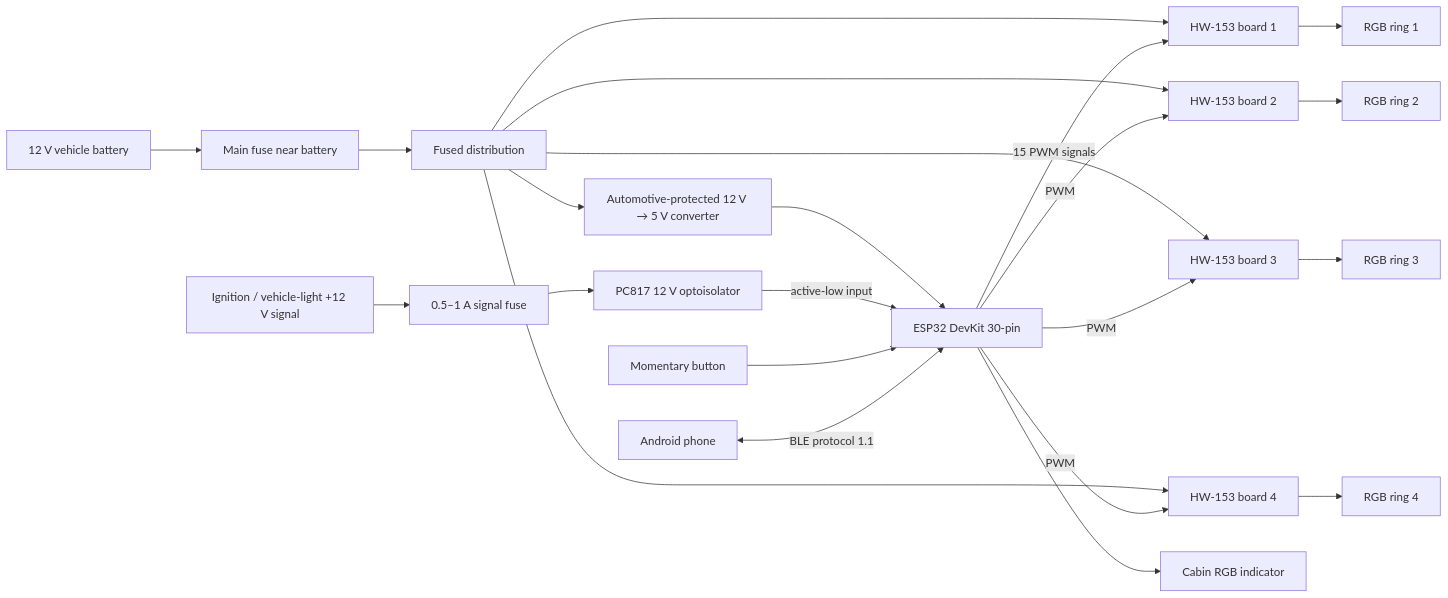
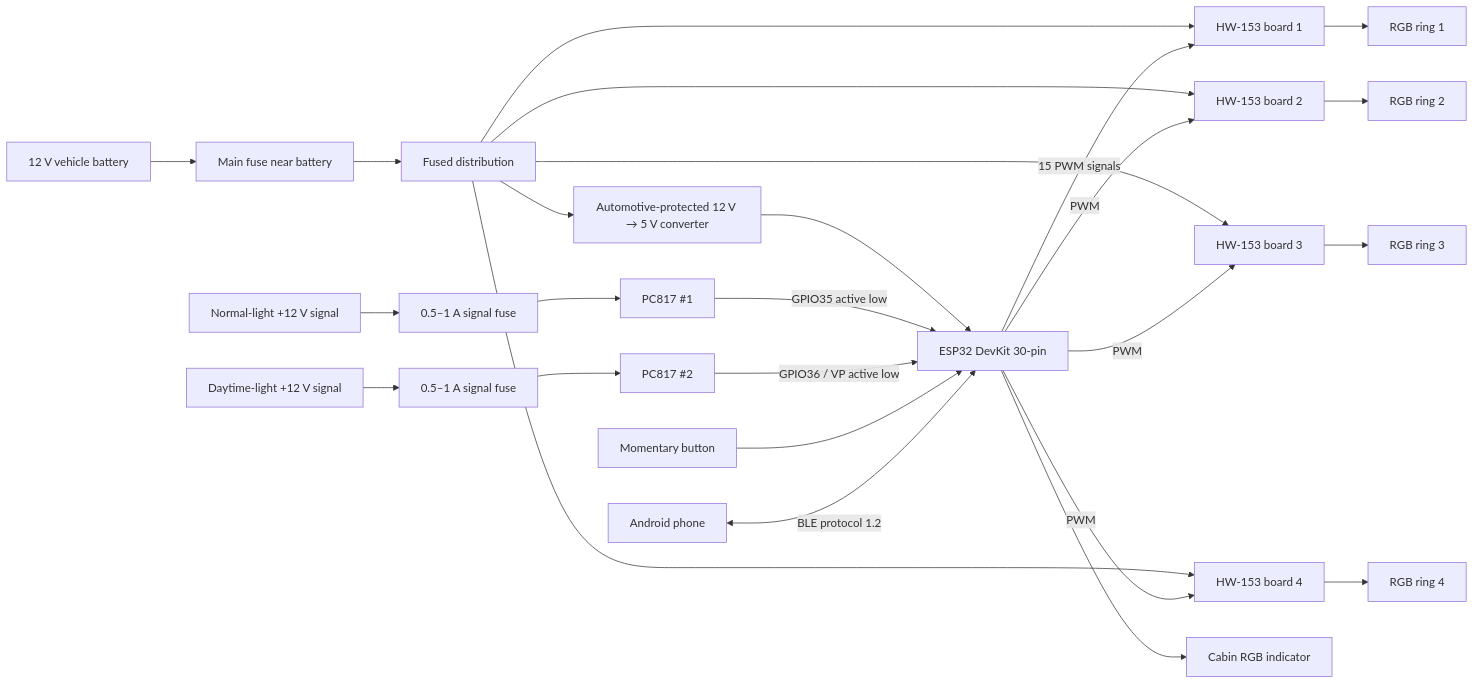
Before and after one commit to karlos1998/ring-controller: the first of 2 diagrams in README.md, drawn with Mermaid. The commit also changed other lines of this file and 14 other files, not shown here.

Commit message:
Add daytime-light brightness trigger

````diff
--- a/README.md
+++ b/README.md
@@ -21,29 +21,32 @@
 ```mermaid
 flowchart LR
     BAT["12 V vehicle battery"] --> FMAIN["Main fuse near battery"]
     FMAIN --> DIST["Fused distribution"]
     DIST --> BUCK["Automotive-protected 12 V → 5 V converter"]
     BUCK --> ESP["ESP32 DevKit 30-pin"]
 
     DIST --> B1["HW-153 board 1"]
     DIST --> B2["HW-153 board 2"]
     DIST --> B3["HW-153 board 3"]
     DIST --> B4["HW-153 board 4"]
 
     B1 --> R1["RGB ring 1"]
     B2 --> R2["RGB ring 2"]
     B3 --> R3["RGB ring 3"]
     B4 --> R4["RGB ring 4"]
 
     ESP -- "15 PWM signals" --> B1
     ESP -- "PWM" --> B2
     ESP -- "PWM" --> B3
     ESP -- "PWM" --> B4
     ESP --> IND["Cabin RGB indicator"]
 
-    IGN["Ignition / vehicle-light +12 V signal"] --> FSIG["0.5–1 A signal fuse"]
-    FSIG --> OPTO["PC817 12 V optoisolator"]
-    OPTO -->|"active-low input"| ESP
+    LIGHTS["Normal-light +12 V signal"] --> FSIG1["0.5–1 A signal fuse"]
+    FSIG1 --> OPTO1["PC817 #1"]
+    OPTO1 -->|"GPIO35 active low"| ESP
+    DAY["Daytime-light +12 V signal"] --> FSIG2["0.5–1 A signal fuse"]
+    FSIG2 --> OPTO2["PC817 #2"]
+    OPTO2 -->|"GPIO36 / VP active low"| ESP
     BTN["Momentary button"] --> ESP
-    PHONE["Android phone"] <-->|"BLE protocol 1.1"| ESP
+    PHONE["Android phone"] <-->|"BLE protocol 1.2"| ESP
 ```
````
